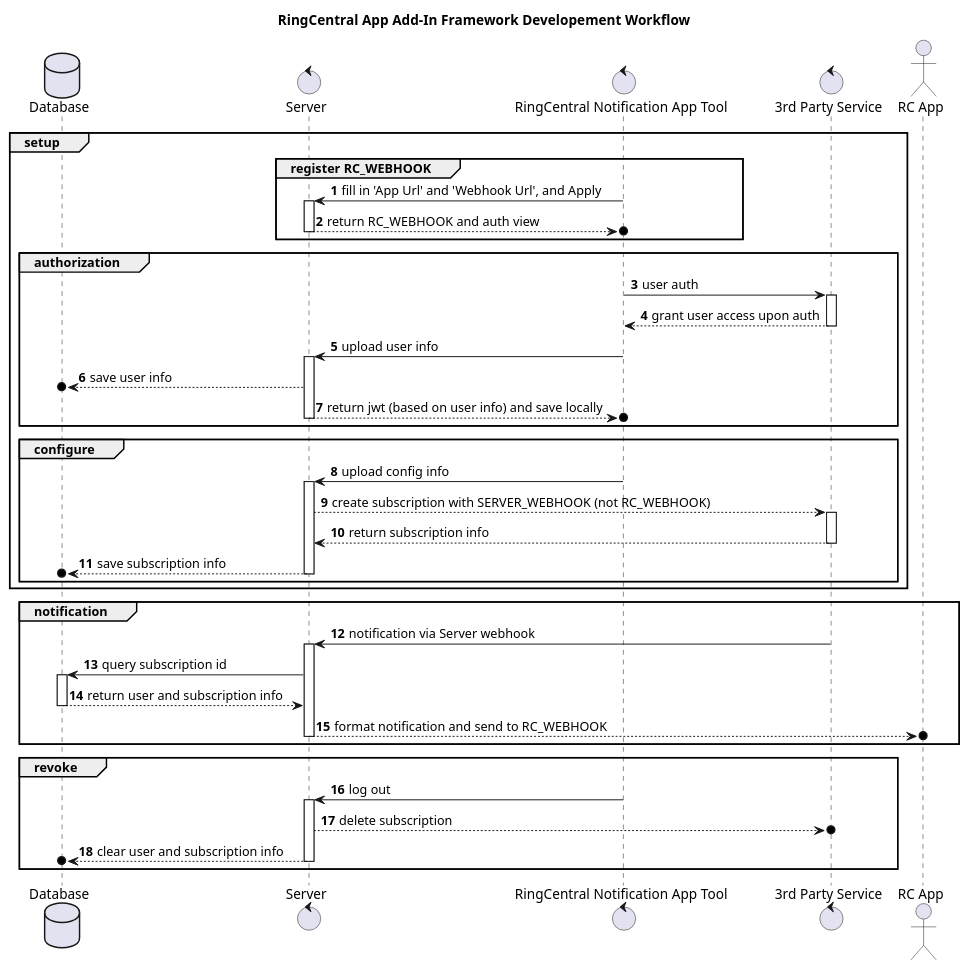
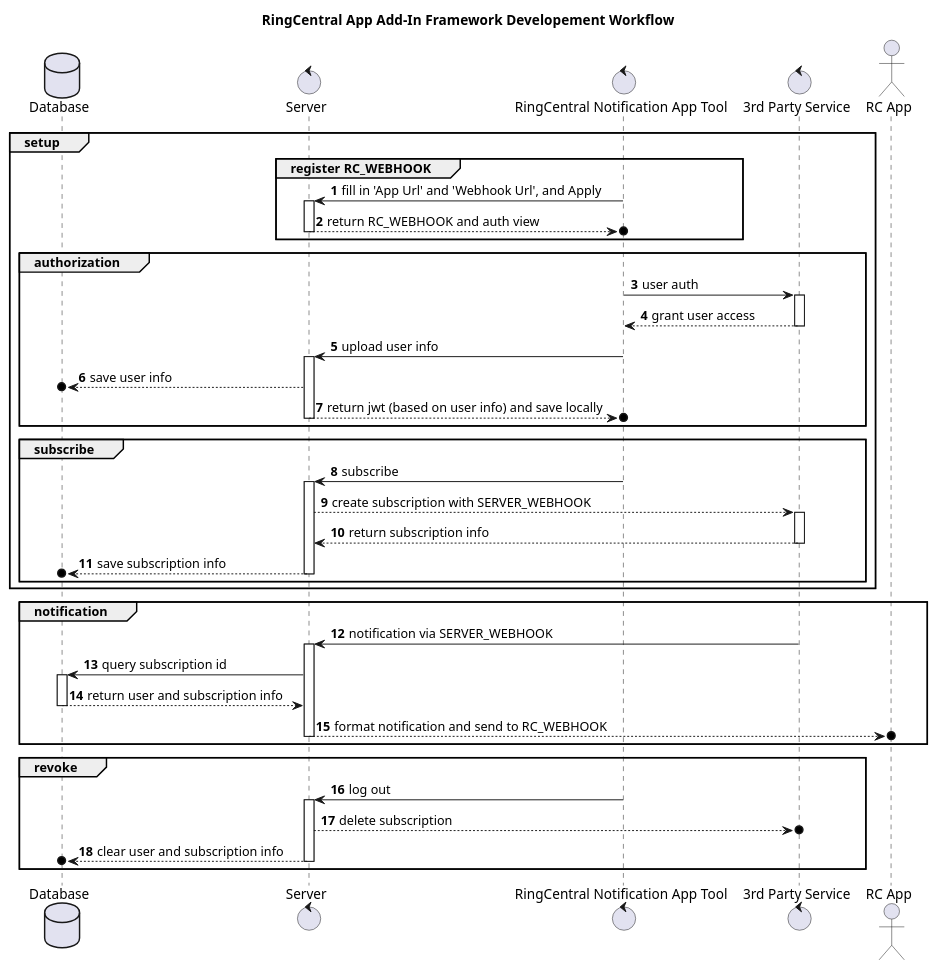
The diagram in diagram/flow.puml (ringcentral/ringcentral-add-in-framework-js), drawn with PlantUML before and after one commit. The commit also changed 8 other files, not shown here.

```diff
--- a/diagram/flow.puml
+++ b/diagram/flow.puml
@@ -1,65 +1,65 @@
 @startuml
 
 title RingCentral App Add-In Framework Developement Workflow
 
 autonumber
 
 Database "Database" as DB
 control "Server" as SERVER
 control "RingCentral Notification App Tool" as G
 control "3rd Party Service" as T
 actor "RC App" as RC
 
 group setup
 
     group register RC_WEBHOOK
     G -> SERVER: fill in 'App Url' and 'Webhook Url', and Apply
     activate SERVER
     SERVER -->o G: return RC_WEBHOOK and auth view
     deactivate SERVER
     end
 
     group authorization
     G -> T: user auth
     activate T
-    T --> G: grant user access upon auth
+    T --> G: grant user access
     deactivate T
     G -> SERVER: upload user info
     activate SERVER
     SERVER -->o DB: save user info
     SERVER -->o G: return jwt (based on user info) and save locally
     deactivate SERVER
     end
 
-    group configure
-    G -> SERVER: upload config info
+    group subscribe
+    G -> SERVER: subscribe
     activate SERVER
-    SERVER --> T: create subscription with SERVER_WEBHOOK (not RC_WEBHOOK)
+    SERVER --> T: create subscription with SERVER_WEBHOOK
     activate T
     T --> SERVER: return subscription info
     deactivate T
     SERVER -->o DB: save subscription info
     deactivate SERVER
     end
 end
 
 group notification
-    T -> SERVER: notification via Server webhook
+    T -> SERVER: notification via SERVER_WEBHOOK
     activate SERVER
     SERVER -> DB: query subscription id
     activate DB
     DB --> SERVER: return user and subscription info
     deactivate DB
     SERVER -->o RC: format notification and send to RC_WEBHOOK
     deactivate SERVER
 end
 
 group revoke
     G -> SERVER: log out
     activate SERVER
     SERVER -->o T: delete subscription
     SERVER -->o DB: clear user and subscription info
     deactivate SERVER
 end
 
 @enduml
```
